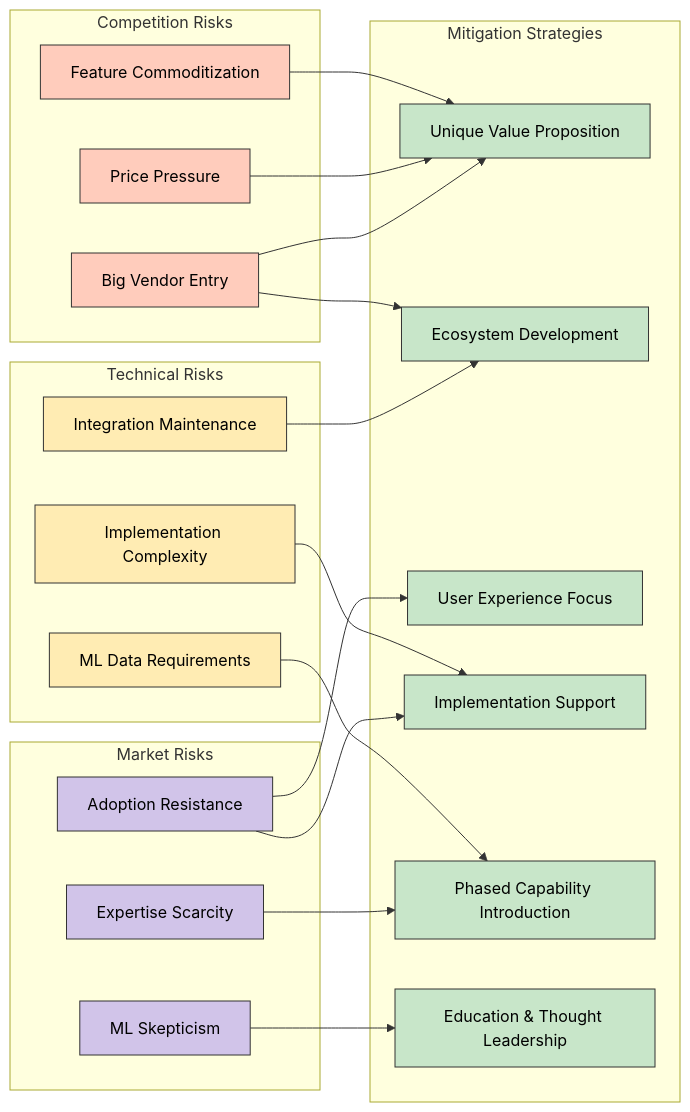
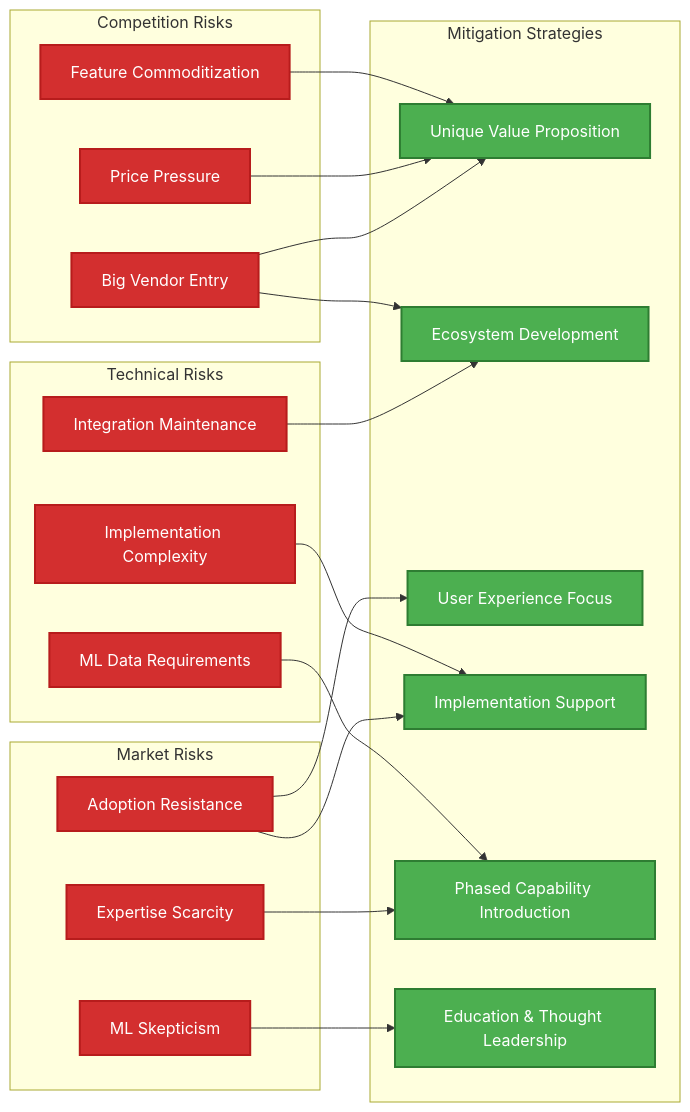
One commit to Hack23/cia-compliance-manager changed the seventh of 8 diagrams in docs/architecture/FUTURE_SWOT.md. Above: the diagram before and after it, drawn with Mermaid. The commit also changed other lines of this file and 18 other files, not shown here.

First line of the commit message:
style: update all classDef colors to ISMS style guide palette and fix quadrant charts

````diff
--- a/docs/architecture/FUTURE_SWOT.md
+++ b/docs/architecture/FUTURE_SWOT.md
@@ -311,51 +333,51 @@
 ```mermaid
 flowchart LR
     subgraph "Competition Risks"
         CR1[Feature Commoditization]
         CR2[Price Pressure]
         CR3[Big Vendor Entry]
     end
     
     subgraph "Technical Risks"
         TR1[ML Data Requirements]
         TR2[Integration Maintenance]
         TR3[Implementation Complexity]
     end
     
     subgraph "Market Risks"
         MR1[Adoption Resistance]
         MR2[ML Skepticism]
         MR3[Expertise Scarcity]
     end
     
     subgraph "Mitigation Strategies"
         MS1[Unique Value Proposition]
         MS2[Ecosystem Development]
         MS3[User Experience Focus]
         MS4[Implementation Support]
         MS5[Phased Capability Introduction]
         MS6[Education & Thought Leadership]
     end
     
     CR1 & CR2 & CR3 --> MS1
     CR3 --> MS2
     
     TR1 --> MS5
     TR2 --> MS2
     TR3 --> MS4
     
     MR1 --> MS3
     MR1 --> MS4
     MR2 --> MS6
     MR3 --> MS5
     
-    classDef compRisk fill:#ffccbc,stroke:#333,stroke-width:1px,color:black
-    classDef techRisk fill:#ffecb3,stroke:#333,stroke-width:1px,color:black
-    classDef marketRisk fill:#d1c4e9,stroke:#333,stroke-width:1px,color:black
-    classDef mitigation fill:#c8e6c9,stroke:#333,stroke-width:1px,color:black
+    classDef compRisk fill:#D32F2F,stroke:#B71C1C,stroke-width:2px,color:#ffffff
+    classDef techRisk fill:#D32F2F,stroke:#B71C1C,stroke-width:2px,color:#ffffff
+    classDef marketRisk fill:#D32F2F,stroke:#B71C1C,stroke-width:2px,color:#ffffff
+    classDef mitigation fill:#4CAF50,stroke:#2E7D32,stroke-width:2px,color:#ffffff
     
     class CR1,CR2,CR3 compRisk
     class TR1,TR2,TR3 techRisk
     class MR1,MR2,MR3 marketRisk
     class MS1,MS2,MS3,MS4,MS5,MS6 mitigation
 ```
````
